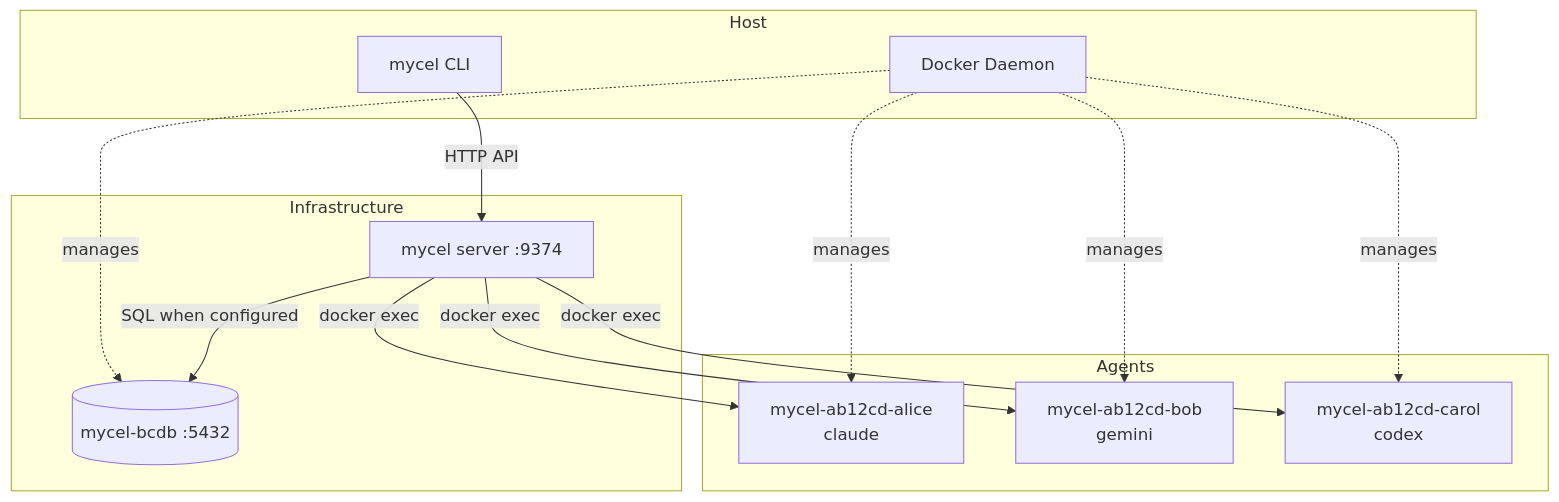
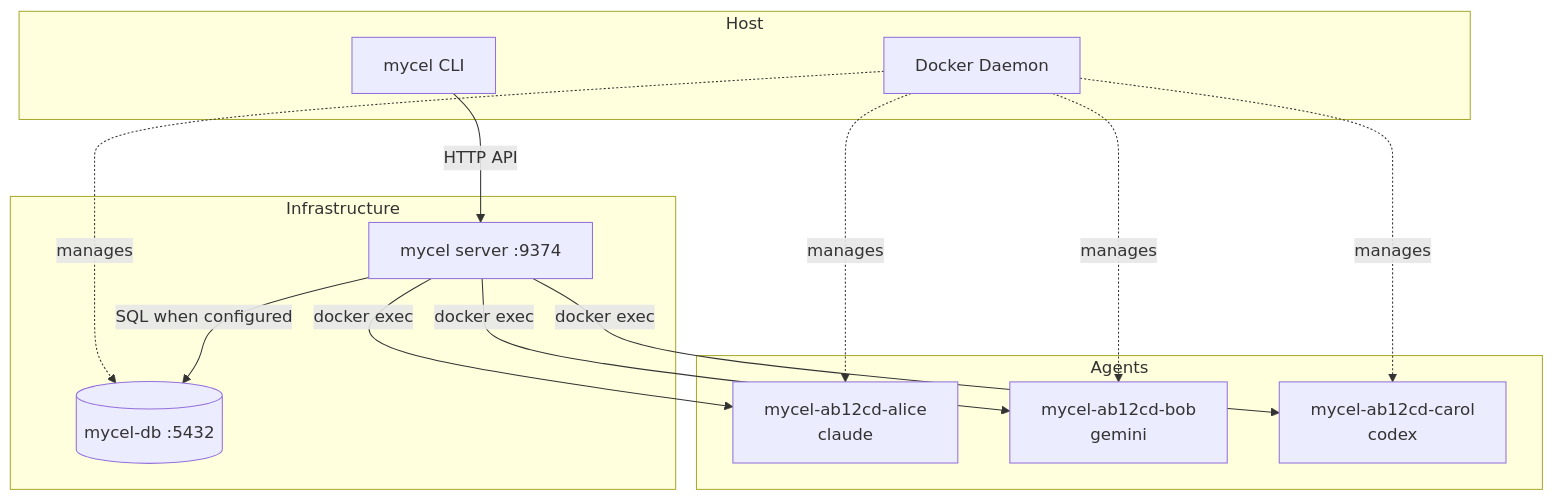
One commit to rpuneet/bc changed the first of 3 diagrams in docs/explanation/deployment.md. Above: the diagram before and after it, drawn with Mermaid. The commit also changed other lines of this file and 57 other files, not shown here.

````diff
--- a/docs/explanation/deployment.md
+++ b/docs/explanation/deployment.md
@@ -13,28 +13,28 @@
 ```mermaid
 graph TB
     subgraph Host
         CLI[mycel CLI]
         Docker[Docker Daemon]
     end
 
     subgraph Infrastructure
         srv[mycel server :9374]
-        bcdb[(mycel-bcdb :5432)]
+        bcdb[(mycel-db :5432)]
     end
 
     subgraph Agents
         A1[mycel-ab12cd-alice<br/>claude]
         A2[mycel-ab12cd-bob<br/>gemini]
         A3[mycel-ab12cd-carol<br/>codex]
     end
 
     CLI -->|HTTP API| srv
     srv -->|SQL when configured| bcdb
     srv -->|docker exec| A1
     srv -->|docker exec| A2
     srv -->|docker exec| A3
     Docker -.->|manages| bcdb
     Docker -.->|manages| A1
     Docker -.->|manages| A2
     Docker -.->|manages| A3
 ```
````
